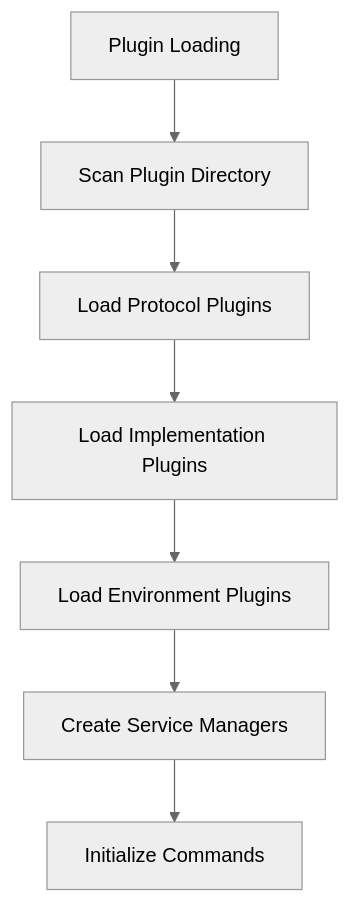
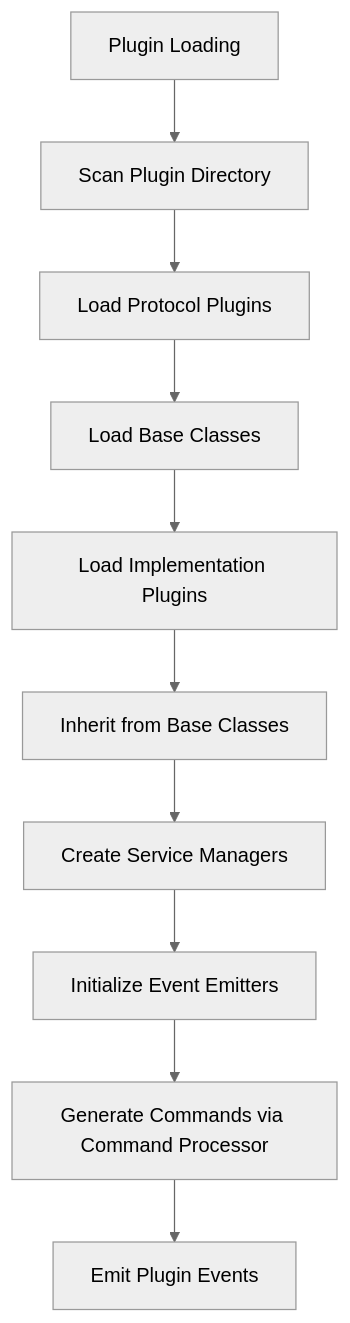
One commit to ElNiak/PANTHER changed the second of 7 diagrams in workflow.md. Above: the diagram before and after it, drawn with Mermaid (neutral theme). The commit also changed other lines of this file and 804 other files, not shown here.

````diff
--- a/workflow.md
+++ b/workflow.md
@@ -98,9 +103,12 @@
 ```mermaid
 graph TD
     A[Plugin Loading] --> B[Scan Plugin Directory]
     B --> C[Load Protocol Plugins]
-    C --> D[Load Implementation Plugins]
-    D --> E[Load Environment Plugins]
-    E --> F[Create Service Managers]
-    F --> G[Initialize Commands]
+    C --> D[Load Base Classes]
+    D --> E[Load Implementation Plugins]
+    E --> F[Inherit from Base Classes]
+    F --> G[Create Service Managers]
+    G --> H[Initialize Event Emitters]
+    H --> I[Generate Commands via Command Processor]
+    I --> J[Emit Plugin Events]
 ```
````
